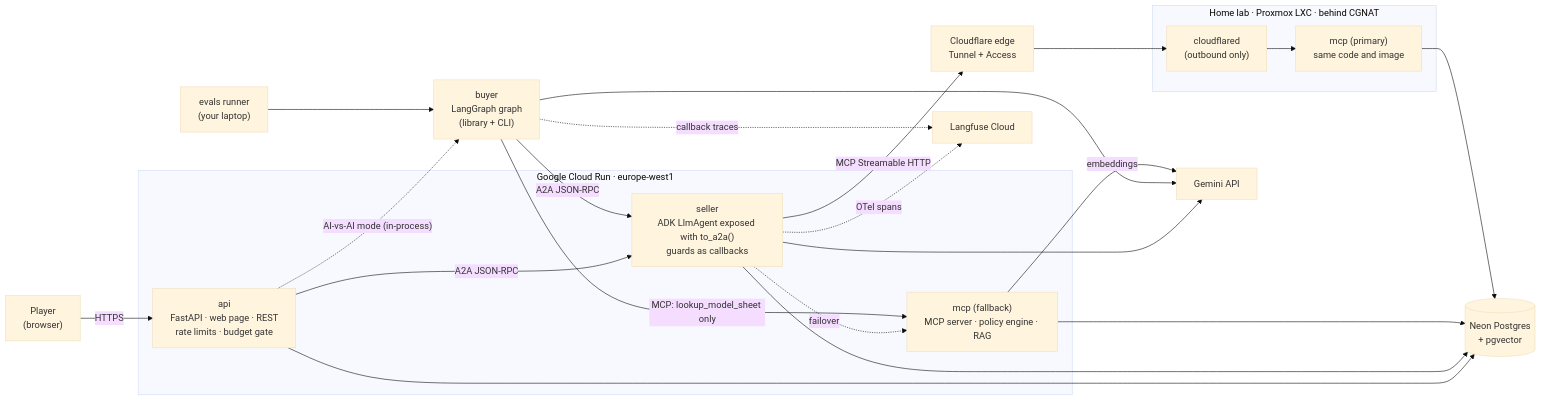
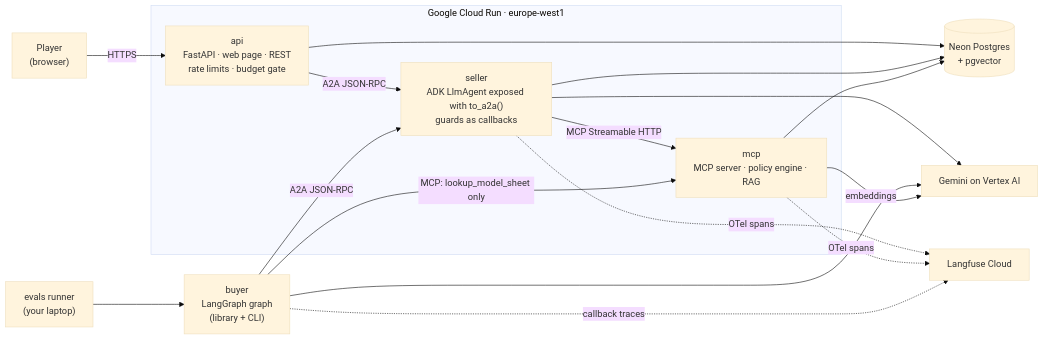
One commit to raulEspaa/haggle-garage changed the first of 5 diagrams in docs/02-architecture.md. Above: the diagram before and after it, drawn with Mermaid (base theme). The commit also changed other lines of this file and 27 other files, not shown here.

````diff
--- a/docs/02-architecture.md
+++ b/docs/02-architecture.md
@@ -17,44 +22,35 @@
 ```mermaid
 flowchart LR
     player["Player<br/>(browser)"]
 
     subgraph gcp["Google Cloud Run · europe-west1"]
         api["api<br/>FastAPI · web page · REST<br/>rate limits · budget gate"]
         seller["seller<br/>ADK LlmAgent exposed with to_a2a()<br/>guards as callbacks"]
-        mcpCloud["mcp (fallback)<br/>MCP server · policy engine · RAG"]
+        mcpCloud["mcp<br/>MCP server · policy engine · RAG"]
     end
 
-    subgraph home["Home lab · Proxmox LXC · behind CGNAT"]
-        cloudflared["cloudflared<br/>(outbound only)"]
-        mcpHome["mcp (primary)<br/>same code and image"]
-    end
-
-    cfEdge["Cloudflare edge<br/>Tunnel + Access"]
     buyer["buyer<br/>LangGraph graph<br/>(library + CLI)"]
     evals["evals runner<br/>(your laptop)"]
     db[("Neon Postgres<br/>+ pgvector")]
-    gemini["Gemini API"]
+    gemini["Gemini on Vertex AI"]
     langfuse["Langfuse Cloud"]
 
     player -->|HTTPS| api
     api -->|"A2A JSON-RPC"| seller
-    api -. "AI-vs-AI mode (in-process)" .-> buyer
     evals --> buyer
     buyer -->|"A2A JSON-RPC"| seller
-    seller -->|"MCP Streamable HTTP"| cfEdge
-    cfEdge --> cloudflared --> mcpHome
-    seller -. "failover" .-> mcpCloud
+    seller -->|"MCP Streamable HTTP"| mcpCloud
     buyer -->|"MCP: lookup_model_sheet only"| mcpCloud
 
     api --> db
     seller --> db
     mcpCloud --> db
-    mcpHome --> db
 
     seller --> gemini
     buyer --> gemini
     mcpCloud -->|embeddings| gemini
 
     seller -. "OTel spans" .-> langfuse
+    mcpCloud -. "OTel spans" .-> langfuse
     buyer -. "callback traces" .-> langfuse
 ```
````
